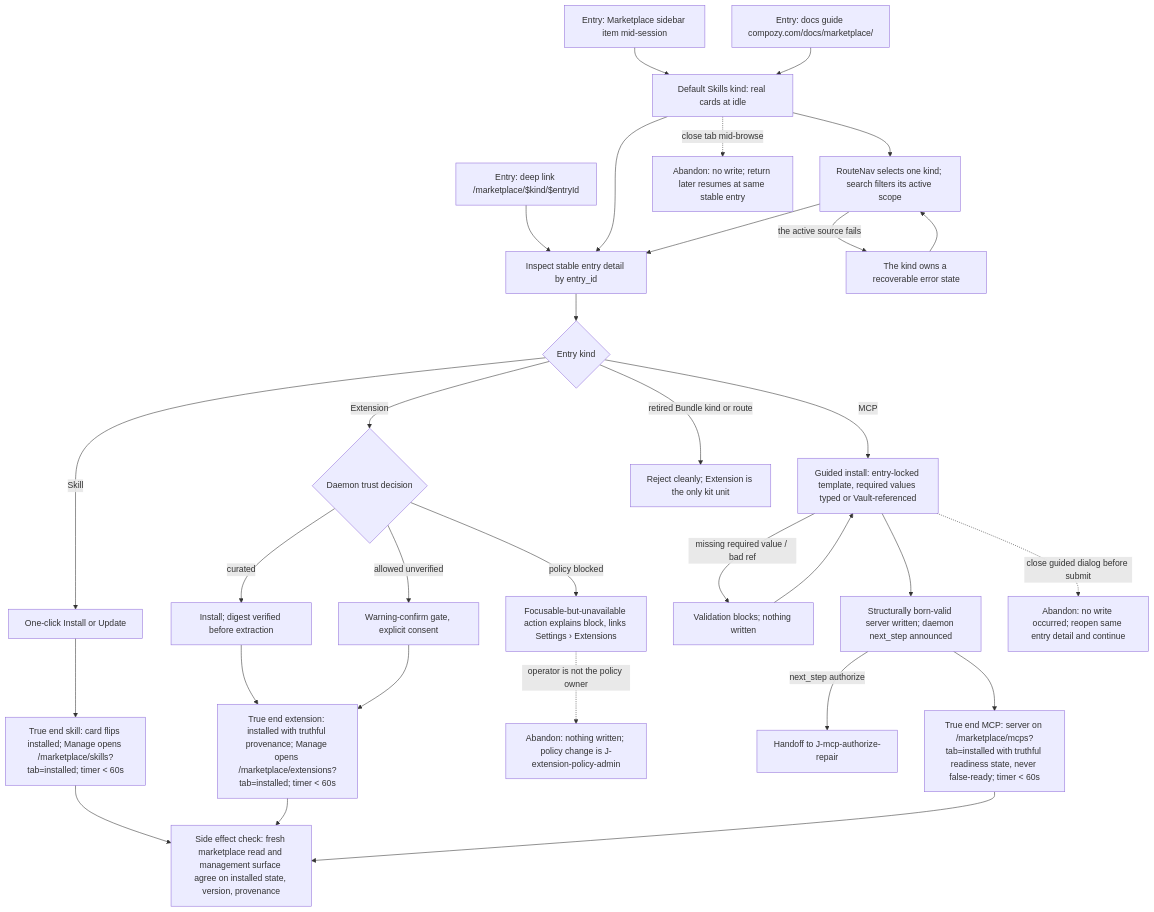
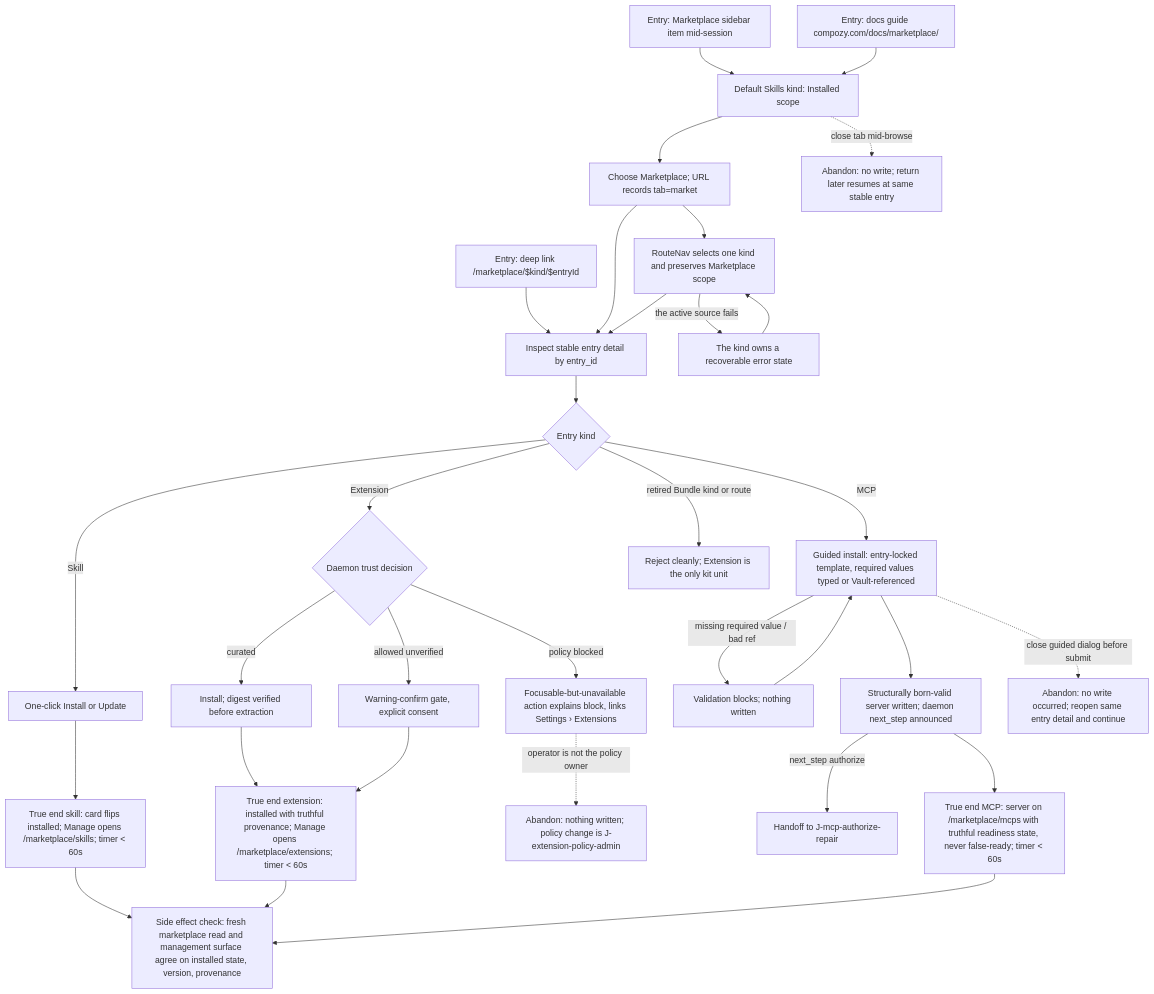
The diagram in docs/qa/journeys/J-marketplace-acquisition.md (compozy/compozy), drawn with Mermaid before and after one commit. The commit also changed other lines of this file and 89 other files, not shown here.

````diff
--- a/docs/qa/journeys/J-marketplace-acquisition.md
+++ b/docs/qa/journeys/J-marketplace-acquisition.md
@@ -5,33 +5,34 @@
 ```mermaid
 flowchart TD
-  A[Entry: Marketplace sidebar item mid-session] --> B[Default Skills kind: real cards at idle]
+  A[Entry: Marketplace sidebar item mid-session] --> B[Default Skills kind: Installed scope]
   A2[Entry: deep link /marketplace/$kind/$entryId] --> D
   A3[Entry: docs guide compozy.com/docs/marketplace/] --> B
-  B --> C[RouteNav selects one kind; search filters its active scope]
+  B --> B2[Choose Marketplace; URL records tab=market]
+  B2 --> C[RouteNav selects one kind and preserves Marketplace scope]
   C -->|the active source fails| C2[The kind owns a recoverable error state]
   C2 --> C
-  B --> D[Inspect stable entry detail by entry_id]
+  B2 --> D[Inspect stable entry detail by entry_id]
   C --> D
   D --> E{Entry kind}
   E -->|Skill| F[One-click Install or Update]
-  F --> F2[True end skill: card flips installed; Manage opens /marketplace/skills?tab=installed; timer < 60s]
+  F --> F2[True end skill: card flips installed; Manage opens /marketplace/skills; timer < 60s]
   E -->|Extension| G{Daemon trust decision}
   G -->|curated| G1[Install; digest verified before extraction]
   G -->|policy blocked| G2[Focusable-but-unavailable action explains block, links Settings › Extensions]
   G -->|allowed unverified| G3[Warning-confirm gate, explicit consent]
-  G1 --> G4[True end extension: installed with truthful provenance; Manage opens /marketplace/extensions?tab=installed; timer < 60s]
+  G1 --> G4[True end extension: installed with truthful provenance; Manage opens /marketplace/extensions; timer < 60s]
   G3 --> G4
   G2 -.->|operator is not the policy owner| X2[Abandon: nothing written; policy change is J-extension-policy-admin]
   E -->|MCP| I[Guided install: entry-locked template, required values typed or Vault-referenced]
   E -->|retired Bundle kind or route| X3[Reject cleanly; Extension is the only kit unit]
   I -->|missing required value / bad ref| I2[Validation blocks; nothing written]
   I2 --> I
   I --> I3[Structurally born-valid server written; daemon next_step announced]
   I3 -->|next_step authorize| I4[Handoff to J-mcp-authorize-repair]
-  I3 --> I5[True end MCP: server on /marketplace/mcps?tab=installed with truthful readiness state, never false-ready; timer < 60s]
+  I3 --> I5[True end MCP: server on /marketplace/mcps with truthful readiness state, never false-ready; timer < 60s]
   B -.->|close tab mid-browse| X1[Abandon: no write; return later resumes at same stable entry]
   I -.->|close guided dialog before submit| X4[Abandon: no write occurred; reopen same entry detail and continue]
   F2 --> Z[Side effect check: fresh marketplace read and management surface agree on installed state, version, provenance]
   G4 --> Z
   I5 --> Z
 ```
````
